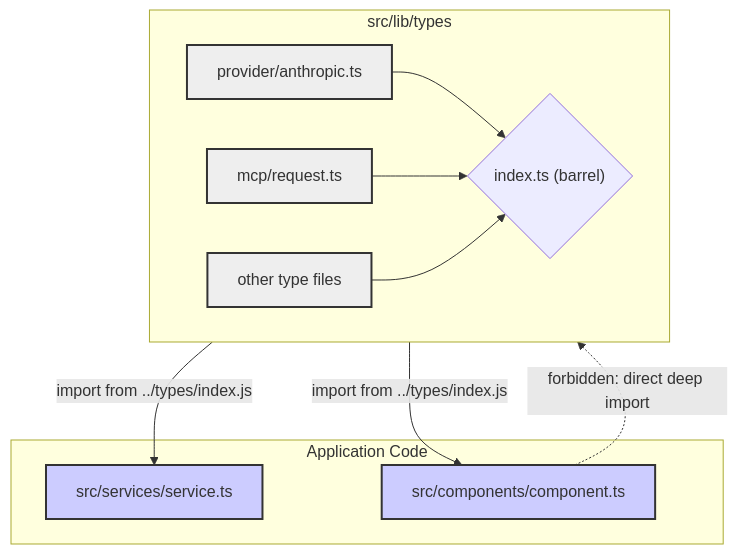
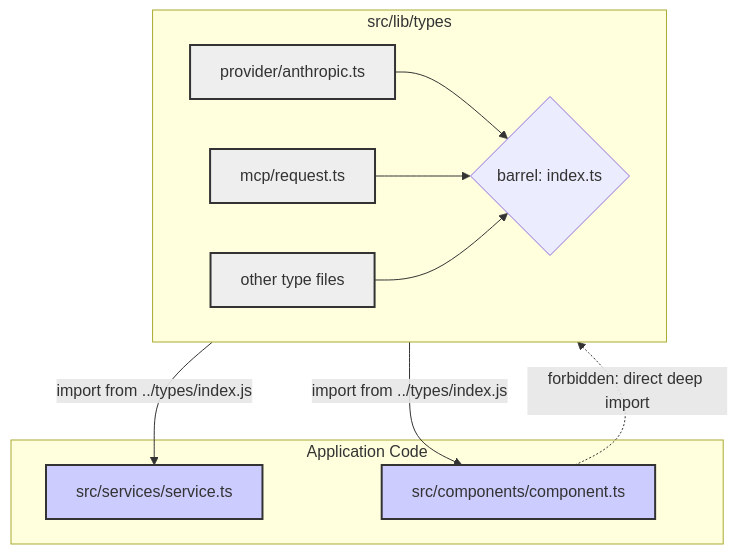
Before and after one commit to juspay/neurolink-blog: the diagram in _posts/2026-05-29-ten-eslint-rules-that-hold-neurolink-s-type-system-together.md, drawn with Mermaid. The commit also changed other lines of this file and 172 other files, not shown here.

````diff
--- a/_posts/2026-05-29-ten-eslint-rules-that-hold-neurolink-s-type-system-together.md
+++ b/_posts/2026-05-29-ten-eslint-rules-that-hold-neurolink-s-type-system-together.md
@@ -148,25 +150,25 @@
 ```mermaid
 graph TD
     subgraph types["src/lib/types"]
         direction LR
         F1["provider/anthropic.ts"] --> Barrel
         F2["mcp/request.ts"] --> Barrel
         F3["other type files"] --> Barrel
-        Barrel{"index.ts (barrel)"}
+        Barrel{"barrel: index.ts"}
     end
 
     subgraph app["Application Code"]
         S1["src/services/service.ts"]
         C1["src/components/component.ts"]
     end
 
     Barrel -->|"import from ../types/index.js"| S1
     Barrel -->|"import from ../types/index.js"| C1
     C1 -.->|"forbidden: direct deep import"| F1
 
     style F1 fill:#eee,stroke:#333,stroke-width:2px
     style F2 fill:#eee,stroke:#333,stroke-width:2px
     style F3 fill:#eee,stroke:#333,stroke-width:2px
     style S1 fill:#ccf,stroke:#333,stroke-width:2px
     style C1 fill:#ccf,stroke:#333,stroke-width:2px
 ```
````
